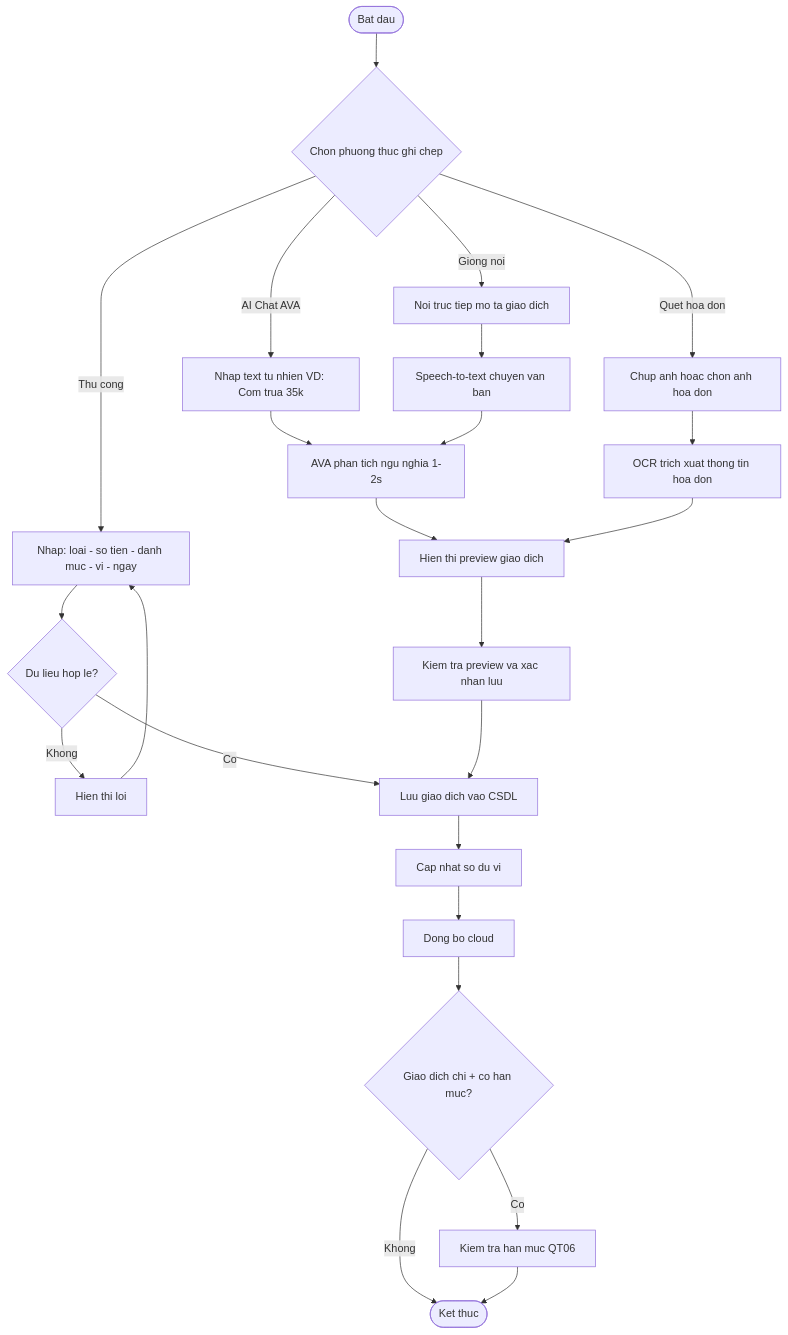
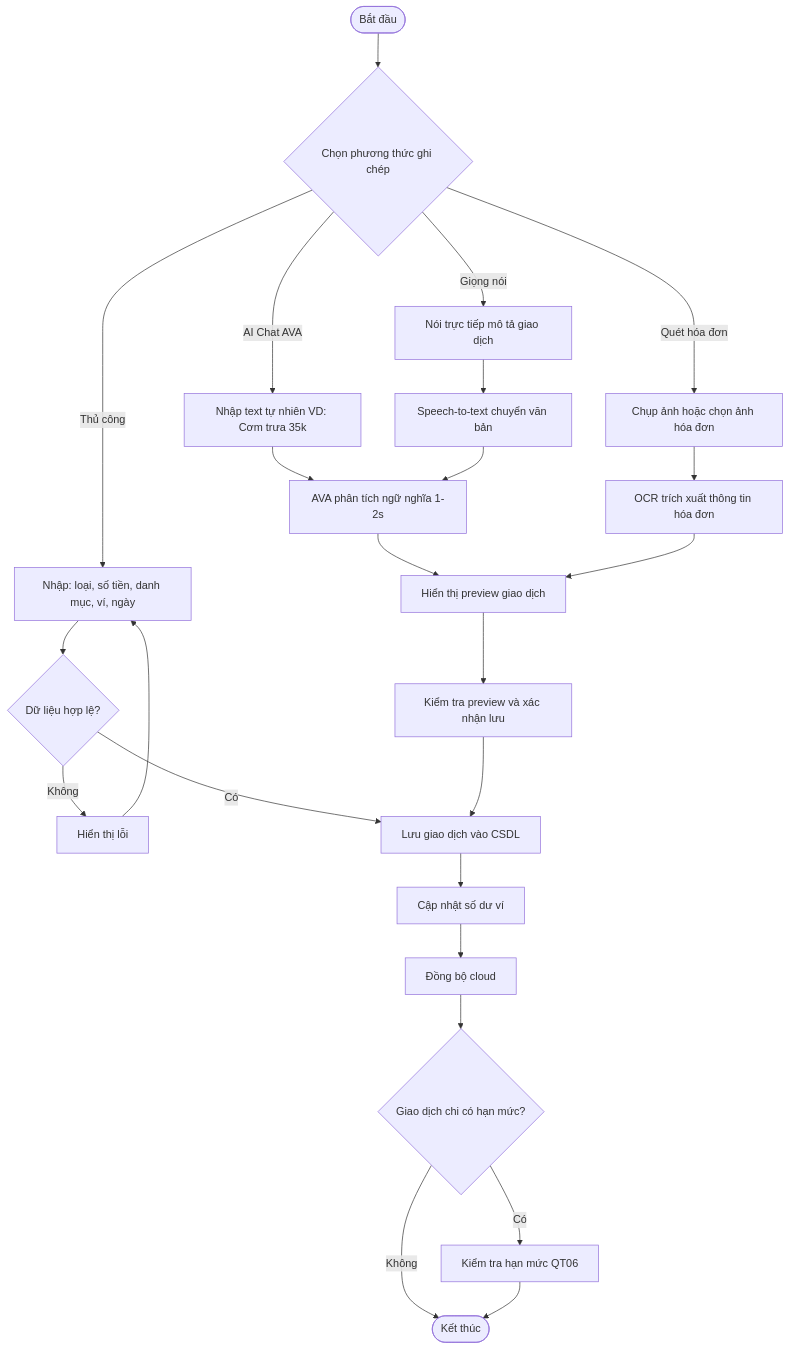
The fourth of 10 diagrams in Nghiên cứu MISA MoneyKeeper.md (Hieu-vn/Graduation-Thesis), drawn with Mermaid before and after one commit. The commit also changed other lines of this file, not shown here.

````diff
--- a/Nghiên cứu MISA MoneyKeeper.md
+++ b/Nghiên cứu MISA MoneyKeeper.md
@@ -123,25 +123,25 @@
 ```mermaid
 flowchart TD
-    A([Bat dau]) --> B{Chon phuong thuc ghi chep}
-    B -->|Thu cong| C1[Nhap: loai - so tien - danh muc - vi - ngay]
-    B -->|AI Chat AVA| C2[Nhap text tu nhien VD: Com trua 35k]
-    B -->|Giong noi| C3[Noi truc tiep mo ta giao dich]
-    B -->|Quet hoa don| C4[Chup anh hoac chon anh hoa don]
-    C1 --> D1{Du lieu hop le?}
-    D1 -->|Khong| E1[Hien thi loi] --> C1
-    D1 -->|Co| F[Luu giao dich vao CSDL]
-    C2 --> D2[AVA phan tich ngu nghia 1-2s]
-    D2 --> D5[Hien thi preview giao dich]
-    C3 --> D3[Speech-to-text chuyen van ban]
+    A([Bắt đầu]) --> B{Chọn phương thức ghi chép}
+    B -->|Thủ công| C1[Nhập: loại, số tiền, danh mục, ví, ngày]
+    B -->|AI Chat AVA| C2[Nhập text tự nhiên VD: Cơm trưa 35k]
+    B -->|Giọng nói| C3[Nói trực tiếp mô tả giao dịch]
+    B -->|Quét hóa đơn| C4[Chụp ảnh hoặc chọn ảnh hóa đơn]
+    C1 --> D1{Dữ liệu hợp lệ?}
+    D1 -->|Không| E1[Hiển thị lỗi] --> C1
+    D1 -->|Có| F[Lưu giao dịch vào CSDL]
+    C2 --> D2[AVA phân tích ngữ nghĩa 1-2s]
+    D2 --> D5[Hiển thị preview giao dịch]
+    C3 --> D3[Speech-to-text chuyển văn bản]
     D3 --> D2
-    C4 --> D4[OCR trich xuat thong tin hoa don]
+    C4 --> D4[OCR trích xuất thông tin hóa đơn]
     D4 --> D5
-    D5 --> J[Kiem tra preview va xac nhan luu]
+    D5 --> J[Kiểm tra preview và xác nhận lưu]
     J --> F
-    F --> G[Cap nhat so du vi]
-    G --> G2[Dong bo cloud]
-    G2 --> H{Giao dich chi + co han muc?}
-    H -->|Co| I[Kiem tra han muc QT06]
-    H -->|Khong| K([Ket thuc])
+    F --> G[Cập nhật số dư ví]
+    G --> G2[Đồng bộ cloud]
+    G2 --> H{Giao dịch chi có hạn mức?}
+    H -->|Có| I[Kiểm tra hạn mức QT06]
+    H -->|Không| K([Kết thúc])
     I --> K
 ```
````
